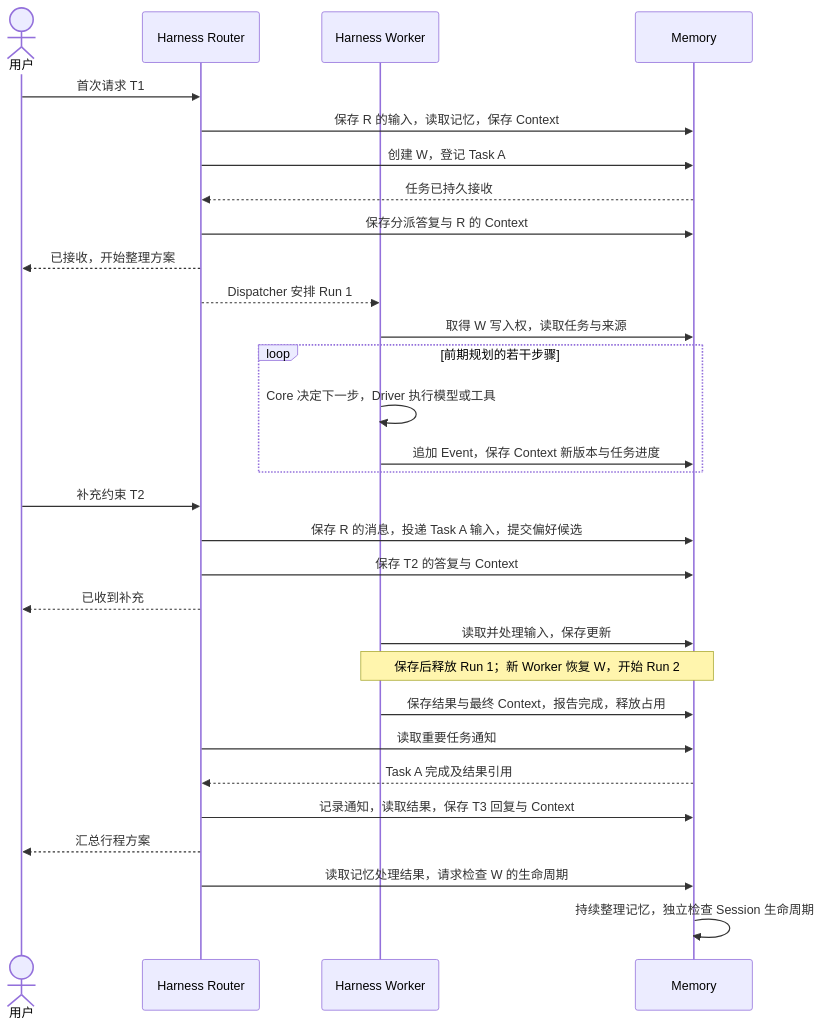
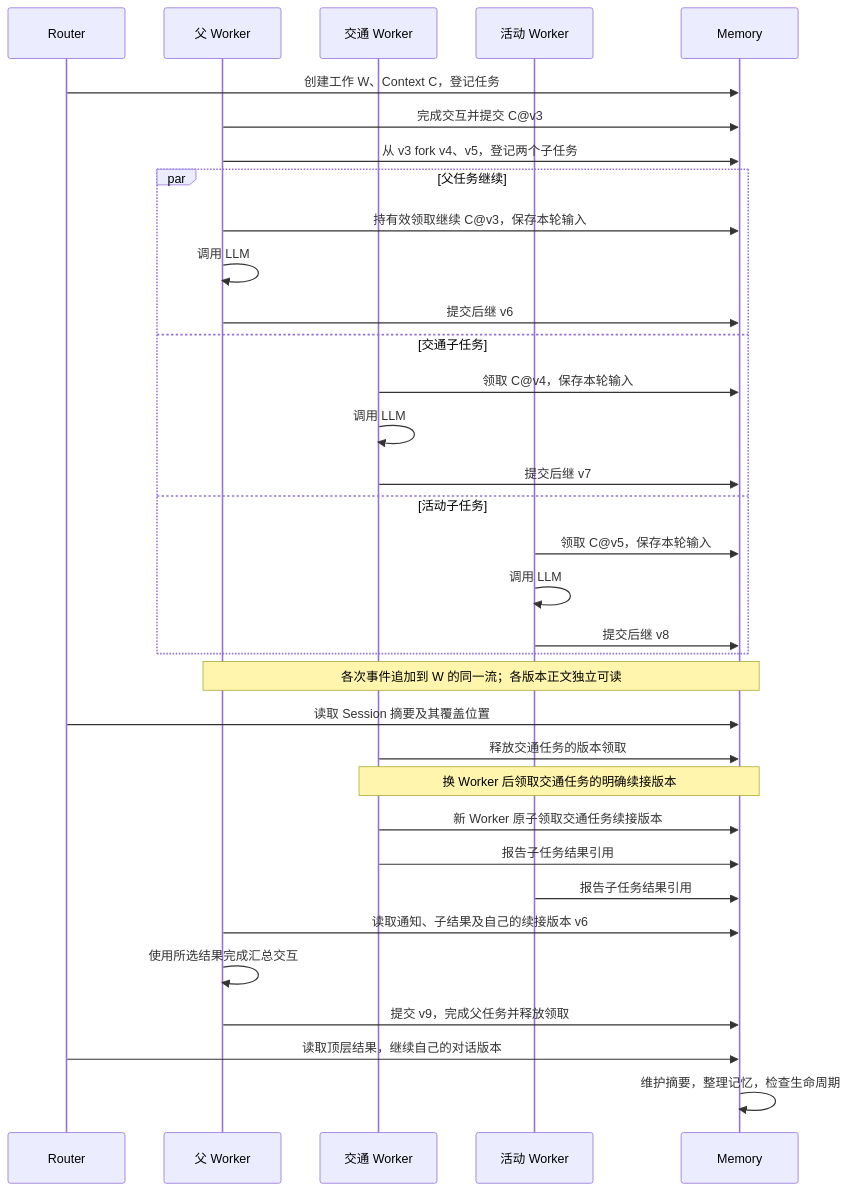
Before and after one commit to langsfang/ga: the second of 2 diagrams in docs/integration-protocol.md, drawn with Mermaid. The commit also changed other lines of this file, not shown here.

````diff
--- a/docs/integration-protocol.md
+++ b/docs/integration-protocol.md
@@ -416,32 +512,36 @@
 ```mermaid
 sequenceDiagram
-    actor U as 用户
-    participant R as Harness Router
-    participant W as Harness Worker
+    participant R as Router
+    participant P as 父 Worker
+    participant A as 交通 Worker
+    participant B as 活动 Worker
     participant M as Memory
-    U->>R: 首次请求 T1
-    R->>M: 保存 R 的输入，读取记忆，保存 Context
-    R->>M: 创建 W，登记 Task A
-    M-->>R: 任务已持久接收
-    R->>M: 保存分派答复与 R 的 Context
-    R-->>U: 已接收，开始整理方案
-    R-->>W: Dispatcher 安排 Run 1
-    W->>M: 取得 W 写入权，读取任务与来源
-    loop 前期规划的若干步骤
-        W->>W: Core 决定下一步，Driver 执行模型或工具
-        W->>M: 追加 Event，保存 Context 新版本与任务进度
+    R->>M: 创建工作 W、Context C，登记任务
+    P->>M: 完成交互并提交 C@v3
+    P->>M: 从 v3 fork v4、v5，登记两个子任务
+    par 父任务继续
+        P->>M: 持有效领取继续 C@v3，保存本轮输入
+        P->>P: 调用 LLM
+        P->>M: 提交后继 v6
+    and 交通子任务
+        A->>M: 领取 C@v4，保存本轮输入
+        A->>A: 调用 LLM
+        A->>M: 提交后继 v7
+    and 活动子任务
+        B->>M: 领取 C@v5，保存本轮输入
+        B->>B: 调用 LLM
+        B->>M: 提交后继 v8
     end
-    U->>R: 补充约束 T2
-    R->>M: 保存 R 的消息，投递 Task A 输入，提交偏好候选
-    R->>M: 保存 T2 的答复与 Context
-    R-->>U: 已收到补充
-    W->>M: 读取并处理输入，保存更新
-    Note over W,M: 保存后释放 Run 1；新 Worker 恢复 W，开始 Run 2
-    W->>M: 保存结果与最终 Context，报告完成，释放占用
-    R->>M: 读取重要任务通知
-    M-->>R: Task A 完成及结果引用
-    R->>M: 记录通知，读取结果，保存 T3 回复与 Context
-    R-->>U: 汇总行程方案
-    R->>M: 读取记忆处理结果，请求检查 W 的生命周期
-    M->>M: 持续整理记忆，独立检查 Session 生命周期
+    Note over P,M: 各次事件追加到 W 的同一流；各版本正文独立可读
+    R->>M: 读取 Session 摘要及其覆盖位置
+    A->>M: 释放交通任务的版本领取
+    Note over A,M: 换 Worker 后领取交通任务的明确续接版本
+    A->>M: 新 Worker 原子领取交通任务续接版本
+    A->>M: 报告子任务结果引用
+    B->>M: 报告子任务结果引用
+    P->>M: 读取通知、子结果及自己的续接版本 v6
+    P->>P: 使用所选结果完成汇总交互
+    P->>M: 提交 v9，完成父任务并释放领取
+    R->>M: 读取顶层结果，继续自己的对话版本
+    M->>M: 维护摘要，整理记忆，检查生命周期
 ```
````
